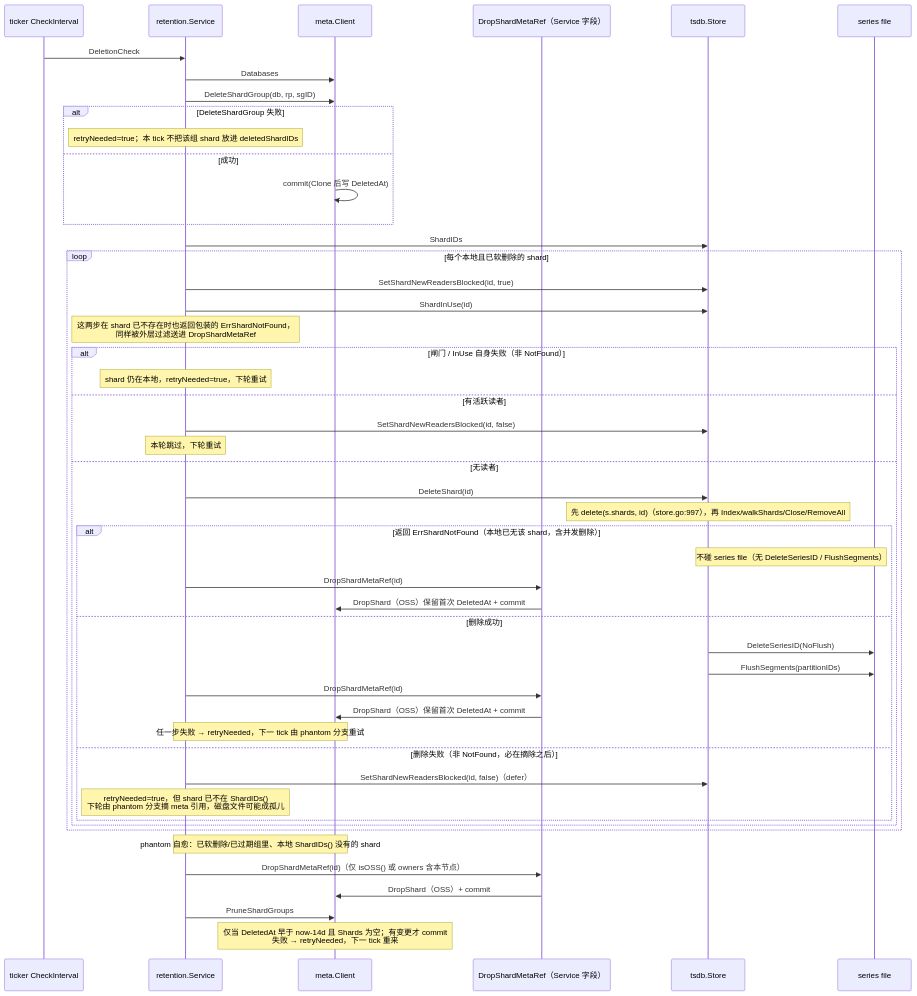
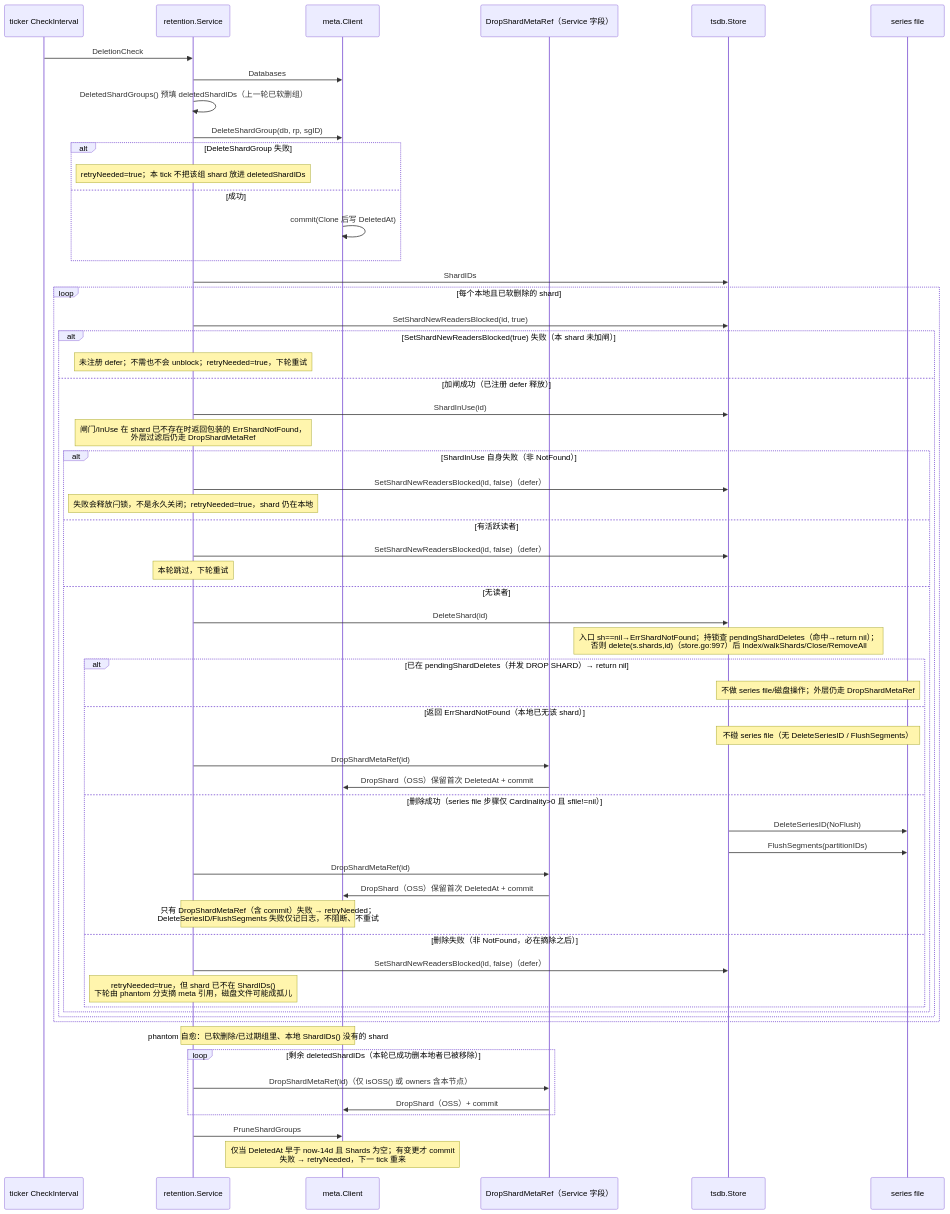
Before and after one commit to stefanv5/influxdb: the second of 3 diagrams in docs/specs/v1.8.10-vs-v1.12.3/05_meta_background_diff.md, drawn with Mermaid. The commit also changed other lines of this file and 11 other files, not shown here.

First line of the commit message:
docs: complete D1-D6 diagram/module/case audit

````diff
--- a/docs/specs/v1.8.10-vs-v1.12.3/05_meta_background_diff.md
+++ b/docs/specs/v1.8.10-vs-v1.12.3/05_meta_background_diff.md
@@ -95,51 +100,61 @@
 ```mermaid
 sequenceDiagram
     participant T as ticker CheckInterval
     participant R as retention.Service
     participant M as meta.Client
     participant DSM as DropShardMetaRef（Service 字段）
     participant S as tsdb.Store
     participant F as series file
     T->>R: DeletionCheck
     R->>M: Databases
+    R->>R: DeletedShardGroups() 预填 deletedShardIDs（上一轮已软删组）
     R->>M: DeleteShardGroup(db, rp, sgID)
     alt DeleteShardGroup 失败
         Note over R: retryNeeded=true；本 tick 不把该组 shard 放进 deletedShardIDs
     else 成功
         M->>M: commit(Clone 后写 DeletedAt)
     end
     R->>S: ShardIDs
     loop 每个本地且已软删除的 shard
         R->>S: SetShardNewReadersBlocked(id, true)
-        R->>S: ShardInUse(id)
-        Note over R: 这两步在 shard 已不存在时也返回包装的 ErrShardNotFound，<br/>同样被外层过滤送进 DropShardMetaRef
-        alt 闸门 / InUse 自身失败（非 NotFound）
-            Note over R: shard 仍在本地，retryNeeded=true，下轮重试
-        else 有活跃读者
-            R->>S: SetShardNewReadersBlocked(id, false)
-            Note over R: 本轮跳过，下轮重试
-        else 无读者
-            R->>S: DeleteShard(id)
-            Note over S: 先 delete(s.shards, id)（store.go:997），再 Index/walkShards/Close/RemoveAll
-            alt 返回 ErrShardNotFound（本地已无该 shard，含并发删除）
-                Note over S,F: 不碰 series file（无 DeleteSeriesID / FlushSegments）
-                R->>DSM: DropShardMetaRef(id)
-                DSM->>M: DropShard（OSS）保留首次 DeletedAt + commit
-            else 删除成功
-                S->>F: DeleteSeriesID(NoFlush)
-                S->>F: FlushSegments(partitionIDs)
-                R->>DSM: DropShardMetaRef(id)
-                DSM->>M: DropShard（OSS）保留首次 DeletedAt + commit
-                Note over R,M: 任一步失败 → retryNeeded，下一 tick 由 phantom 分支重试
-            else 删除失败（非 NotFound，必在摘除之后）
+        alt SetShardNewReadersBlocked(true) 失败（本 shard 未加闸）
+            Note over R: 未注册 defer；不需也不会 unblock；retryNeeded=true，下轮重试
+        else 加闸成功（已注册 defer 释放）
+            R->>S: ShardInUse(id)
+            Note over R: 闸门/InUse 在 shard 已不存在时返回包装的 ErrShardNotFound，<br/>外层过滤后仍走 DropShardMetaRef
+            alt ShardInUse 自身失败（非 NotFound）
                 R->>S: SetShardNewReadersBlocked(id, false)（defer）
-                Note over R: retryNeeded=true，但 shard 已不在 ShardIDs()<br/>下轮由 phantom 分支摘 meta 引用，磁盘文件可能成孤儿
+                Note over R: 失败会释放闩锁，不是永久关闭；retryNeeded=true，shard 仍在本地
+            else 有活跃读者
+                R->>S: SetShardNewReadersBlocked(id, false)（defer）
+                Note over R: 本轮跳过，下轮重试
+            else 无读者
+                R->>S: DeleteShard(id)
+                Note over S: 入口 sh==nil→ErrShardNotFound；持锁查 pendingShardDeletes（命中→return nil）；<br/>否则 delete(s.shards,id)（store.go:997）后 Index/walkShards/Close/RemoveAll
+                alt 已在 pendingShardDeletes（并发 DROP SHARD）→ return nil
+                    Note over S,F: 不做 series file/磁盘操作；外层仍走 DropShardMetaRef
+                else 返回 ErrShardNotFound（本地已无该 shard）
+                    Note over S,F: 不碰 series file（无 DeleteSeriesID / FlushSegments）
+                    R->>DSM: DropShardMetaRef(id)
+                    DSM->>M: DropShard（OSS）保留首次 DeletedAt + commit
+                else 删除成功（series file 步骤仅 Cardinality>0 且 sfile!=nil）
+                    S->>F: DeleteSeriesID(NoFlush)
+                    S->>F: FlushSegments(partitionIDs)
+                    R->>DSM: DropShardMetaRef(id)
+                    DSM->>M: DropShard（OSS）保留首次 DeletedAt + commit
+                    Note over R,M: 只有 DropShardMetaRef（含 commit）失败 → retryNeeded；<br/>DeleteSeriesID/FlushSegments 失败仅记日志，不阻断、不重试
+                else 删除失败（非 NotFound，必在摘除之后）
+                    R->>S: SetShardNewReadersBlocked(id, false)（defer）
+                    Note over R: retryNeeded=true，但 shard 已不在 ShardIDs()<br/>下轮由 phantom 分支摘 meta 引用，磁盘文件可能成孤儿
+                end
             end
         end
     end
     Note over R,M: phantom 自愈：已软删除/已过期组里、本地 ShardIDs() 没有的 shard
-    R->>DSM: DropShardMetaRef(id)（仅 isOSS() 或 owners 含本节点）
-    DSM->>M: DropShard（OSS）+ commit
+    loop 剩余 deletedShardIDs（本轮已成功删本地者已被移除）
+        R->>DSM: DropShardMetaRef(id)（仅 isOSS() 或 owners 含本节点）
+        DSM->>M: DropShard（OSS）+ commit
+    end
     R->>M: PruneShardGroups
     Note over M: 仅当 DeletedAt 早于 now-14d 且 Shards 为空；有变更才 commit<br/>失败 → retryNeeded，下一 tick 重来
 ```
````
